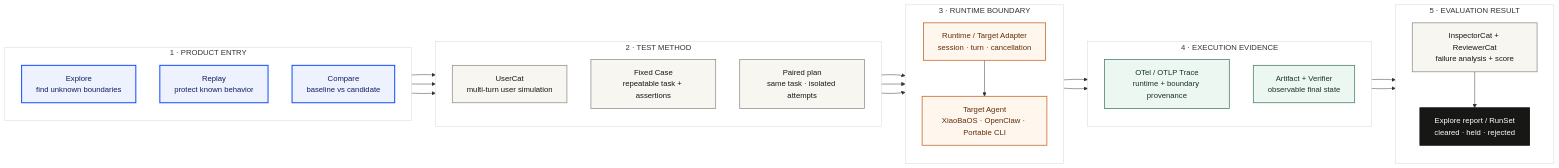
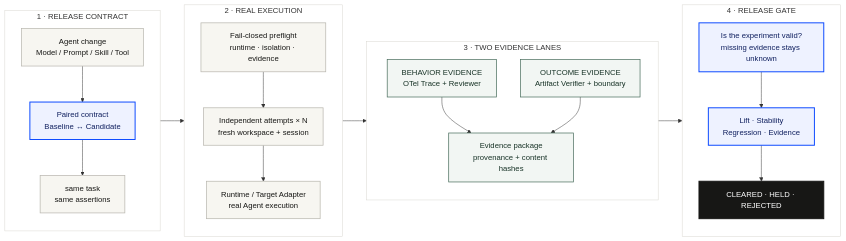
One commit to fightheyyy/fightheyyy.github.io changed the diagram in assets/posts/barena/architecture.mmd. Above: the diagram before and after it, drawn with Mermaid. The commit also changed 3 other files, not shown here.

```diff
--- a/assets/posts/barena/architecture.mmd
+++ b/assets/posts/barena/architecture.mmd
@@ -1,65 +1,56 @@
-%% Barena reader map — three product entries, one runtime boundary, evidence-backed judgment
+%% Barena reader map — paired execution, two evidence lanes, release gate
 flowchart LR
-    subgraph Entry["1 · PRODUCT ENTRY"]
+    subgraph Change["1 · RELEASE CONTRACT"]
         direction TB
-        Explore["Explore<br/>find unknown boundaries"]
-        Replay["Replay<br/>protect known behavior"]
-        Compare["Compare<br/>baseline vs candidate"]
+        Candidate["Agent change<br/>Model / Prompt / Skill / Tool"]
+        Pair["Paired contract<br/>Baseline ↔ Candidate"]
+        Cases["same task<br/>same assertions"]
+        Candidate --> Pair
+        Pair --> Cases
     end
 
-    subgraph Method["2 · TEST METHOD"]
+    subgraph Execution["2 · REAL EXECUTION"]
         direction TB
-        UserCat["UserCat<br/>multi-turn user simulation"]
-        FixedCase["Fixed Case<br/>repeatable task + assertions"]
-        PairedPlan["Paired plan<br/>same task · isolated attempts"]
+        Preflight["Fail-closed preflight<br/>runtime · isolation · evidence"]
+        Attempts["Independent attempts × N<br/>fresh workspace + session"]
+        Target["Runtime / Target Adapter<br/>real Agent execution"]
+        Preflight --> Attempts
+        Attempts --> Target
     end
 
-    subgraph Runtime["3 · RUNTIME BOUNDARY"]
+    subgraph Evidence["3 · TWO EVIDENCE LANES"]
         direction TB
-        Adapter["Runtime / Target Adapter<br/>session · turn · cancellation"]
-        Targets["Target Agent<br/>XiaoBaOS · OpenClaw · Portable CLI"]
-        Adapter --> Targets
+        Behavior["BEHAVIOR EVIDENCE<br/>OTel Trace + Reviewer"]
+        Reality["OUTCOME EVIDENCE<br/>Artifact Verifier + boundary"]
+        Package["Evidence package<br/>provenance + content hashes"]
+        Behavior --> Package
+        Reality --> Package
     end
 
-    subgraph Evidence["4 · EXECUTION EVIDENCE"]
+    subgraph Gate["4 · RELEASE GATE"]
         direction TB
-        Trace["OTel / OTLP Trace<br/>runtime + boundary provenance"]
-        Outcome["Artifact + Verifier<br/>observable final state"]
+        Validity["Is the experiment valid?<br/>missing evidence stays unknown"]
+        Contract["Lift · Stability<br/>Regression · Evidence"]
+        Decision["CLEARED · HELD · REJECTED"]
+        Validity --> Contract
+        Contract --> Decision
     end
 
-    subgraph Judgment["5 · EVALUATION RESULT"]
-        direction TB
-        Review["InspectorCat + ReviewerCat<br/>failure analysis + score"]
-        Result["Explore report / RunSet<br/>cleared · held · rejected"]
-        Review --> Result
-    end
+    Change --> Execution
+    Execution --> Evidence
+    Evidence --> Gate
 
-    Explore --> UserCat
-    Replay --> FixedCase
-    Compare --> PairedPlan
-    UserCat --> Adapter
-    FixedCase --> Adapter
-    PairedPlan --> Adapter
-    Targets --> Trace
-    Targets --> Outcome
-    Trace --> Review
-    Outcome --> Review
+    classDef input fill:#f7f6f1,stroke:#b9b7af,color:#171715,stroke-width:1.5px;
+    classDef signal fill:#eef2ff,stroke:#0645ff,color:#10205f,stroke-width:2px;
+    classDef evidence fill:#f2f6f3,stroke:#4d7060,color:#183327,stroke-width:1.5px;
+    classDef decision fill:#171715,stroke:#171715,color:#ffffff,stroke-width:2px;
 
-    classDef entry fill:#eef2ff,stroke:#0645ff,color:#10205f,stroke-width:2px;
-    classDef method fill:#f7f6f1,stroke:#8d8a80,color:#171715,stroke-width:1.5px;
-    classDef runtime fill:#fff7ed,stroke:#c25c16,color:#632d0a,stroke-width:1.5px;
-    classDef evidence fill:#edf7f1,stroke:#3f765e,color:#183327,stroke-width:1.5px;
-    classDef result fill:#171715,stroke:#171715,color:#ffffff,stroke-width:2px;
+    class Candidate,Cases,Preflight,Attempts,Target input;
+    class Pair,Validity,Contract signal;
+    class Behavior,Reality,Package evidence;
+    class Decision decision;
 
-    class Explore,Replay,Compare entry;
-    class UserCat,FixedCase,PairedPlan method;
-    class Adapter,Targets runtime;
-    class Trace,Outcome evidence;
-    class Review method;
-    class Result result;
-
-    style Entry fill:#ffffff,stroke:#d8d6cf,stroke-width:1px
-    style Method fill:#ffffff,stroke:#d8d6cf,stroke-width:1px
-    style Runtime fill:#ffffff,stroke:#d8d6cf,stroke-width:1px
+    style Change fill:#ffffff,stroke:#d8d6cf,stroke-width:1px
+    style Execution fill:#ffffff,stroke:#d8d6cf,stroke-width:1px
     style Evidence fill:#ffffff,stroke:#d8d6cf,stroke-width:1px
-    style Judgment fill:#ffffff,stroke:#d8d6cf,stroke-width:1px
+    style Gate fill:#ffffff,stroke:#d8d6cf,stroke-width:1px
```
